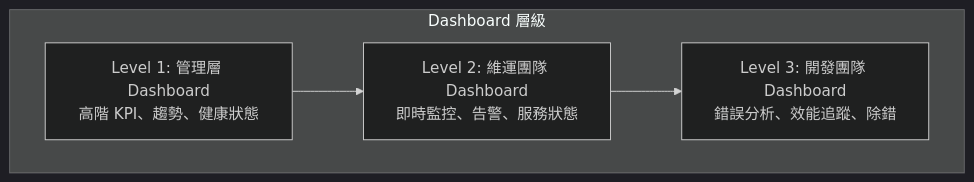
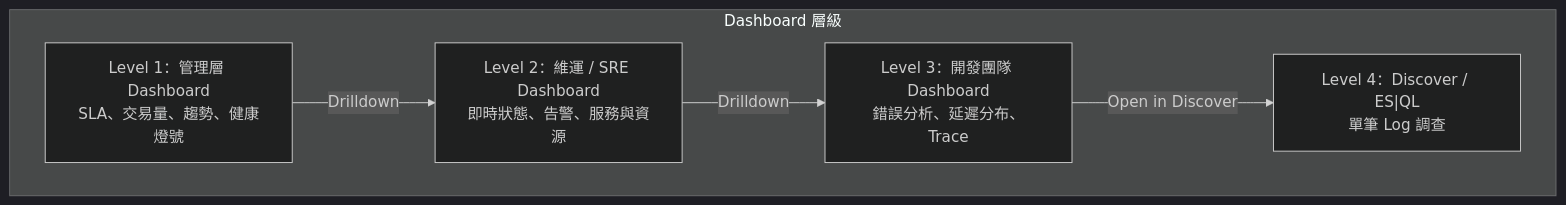
One commit to chihhung/Blog changed diagram 13 of 19 in content/posts/教學/工具/Logs Visualization教學手冊.md. Above: the diagram before and after it, drawn with Mermaid (dark theme). The commit also changed other lines of this file and 8 other files, not shown here.

````diff
--- a/content/posts/教學/工具/Logs Visualization教學手冊.md
+++ b/content/posts/教學/工具/Logs Visualization教學手冊.md
@@ -1363,11 +2002,13 @@
 ```mermaid
 graph TB
     subgraph "Dashboard 層級"
-        L1[Level 1: 管理層 Dashboard<br/>高階 KPI、趨勢、健康狀態]
-        L2[Level 2: 維運團隊 Dashboard<br/>即時監控、告警、服務狀態]
-        L3[Level 3: 開發團隊 Dashboard<br/>錯誤分析、效能追蹤、除錯]
+        L1[Level 1：管理層 Dashboard<br/>SLA、交易量、趨勢、健康燈號]
+        L2[Level 2：維運 / SRE Dashboard<br/>即時狀態、告警、服務與資源]
+        L3[Level 3：開發團隊 Dashboard<br/>錯誤分析、延遲分布、Trace]
+        L4["Level 4：Discover / ES|QL<br/>單筆 Log 調查"]
     end
-    
-    L1 --> L2
-    L2 --> L3
+
+    L1 -->|"Drilldown"| L2
+    L2 -->|"Drilldown"| L3
+    L3 -->|"Open in Discover"| L4
 ```
````
